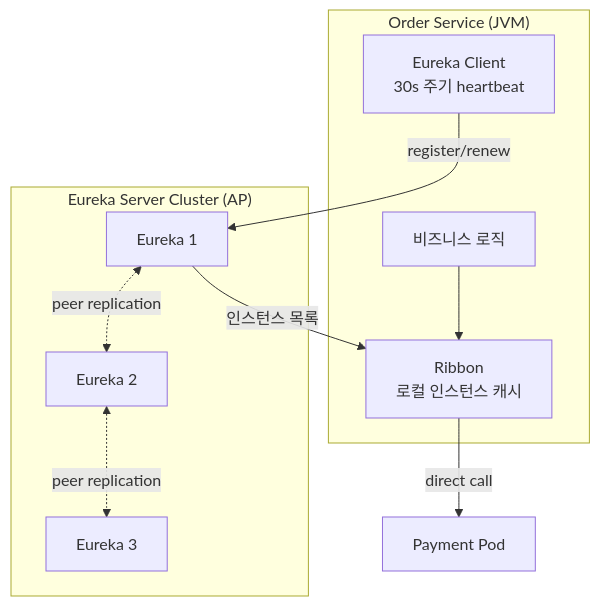
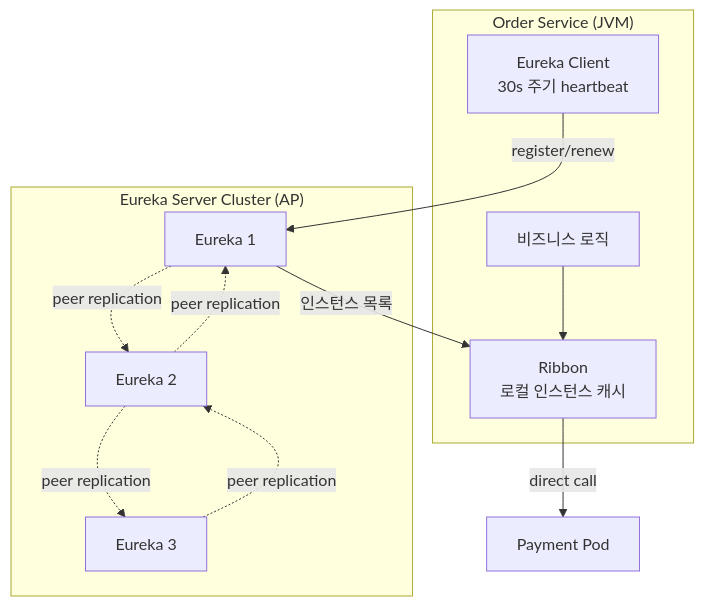
The seventh of 10 diagrams in kubernetes-in-action/ch01-introducing-kubernetes/README.md (wonjun3991/study), drawn with Mermaid before and after one commit. The commit also changed other lines of this file, not shown here.

Commit message:
fix: Mermaid Obsidian 호환성 수정 (양방향 점선, 8자리 hex, & 다중 연결)

````diff
--- a/kubernetes-in-action/ch01-introducing-kubernetes/README.md
+++ b/kubernetes-in-action/ch01-introducing-kubernetes/README.md
@@ -320,21 +323,23 @@
 ```mermaid
 graph TB
     subgraph EurekaCluster["Eureka Server Cluster (AP)"]
         E1[Eureka 1]
         E2[Eureka 2]
         E3[Eureka 3]
-        E1 <-.->|peer replication| E2
-        E2 <-.->|peer replication| E3
+        E1 -.->|peer replication| E2
+        E2 -.->|peer replication| E1
+        E2 -.->|peer replication| E3
+        E3 -.->|peer replication| E2
     end
     
     subgraph Service["Order Service (JVM)"]
         APP[비즈니스 로직]
         EC[Eureka Client<br/>30s 주기 heartbeat]
         RIB[Ribbon<br/>로컬 인스턴스 캐시]
         EC -->|register/renew| E1
         E1 -->|인스턴스 목록| RIB
         APP --> RIB
     end
     
     RIB -->|direct call| PAY[Payment Pod]
 ```
````
